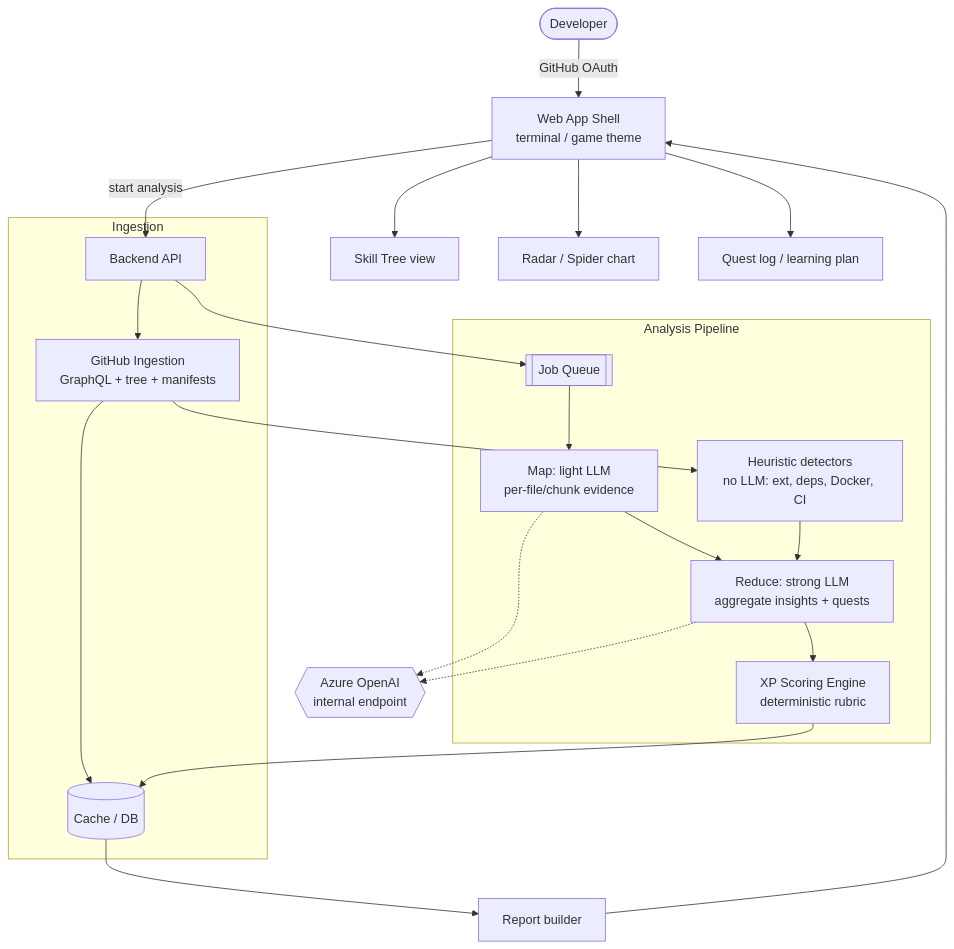
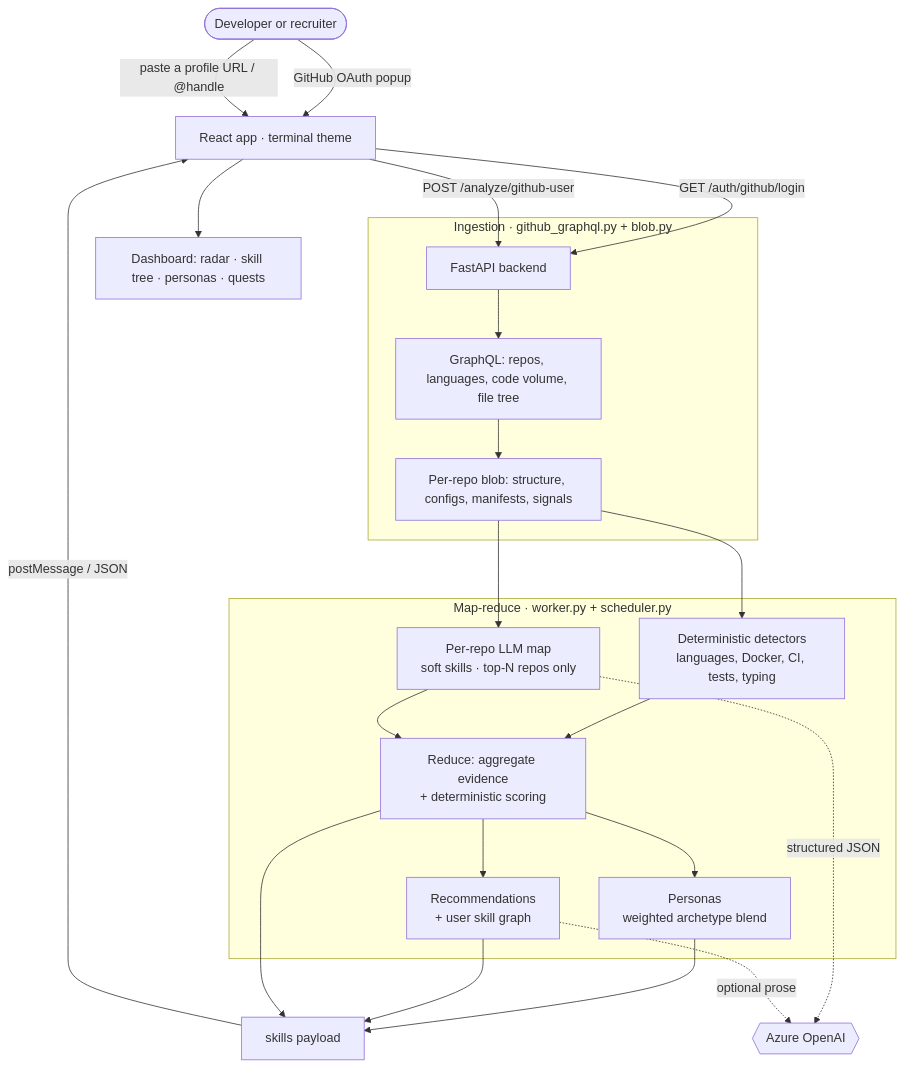
One commit to Kertis4/github-skilltree changed the first of 4 diagrams in README.md. Above: the diagram before and after it, drawn with Mermaid. The commit also changed other lines of this file, not shown here.

````diff
--- a/README.md
+++ b/README.md
@@ -74,29 +45,31 @@
 ```mermaid
 flowchart TD
-    U([Developer]) -->|GitHub OAuth| FE[Web App Shell<br/>terminal / game theme]
-    FE -->|start analysis| API[Backend API]
+    Dev([Developer or recruiter]) -->|GitHub OAuth popup| FE[React app · terminal theme]
+    Dev -->|paste a profile URL / @handle| FE
 
-    subgraph Ingestion
-        API --> GH[GitHub Ingestion<br/>GraphQL + tree + manifests]
-        GH --> CACHE[(Cache / DB)]
+    FE -->|GET /auth/github/login| API[FastAPI backend]
+    FE -->|POST /analyze/github-user| API
+
+    subgraph Ingestion["Ingestion · github_graphql.py + blob.py"]
+        API --> GQL[GraphQL: repos, languages, code volume, file tree]
+        GQL --> BLOB[Per-repo blob: structure, configs, manifests, signals]
     end
 
-    subgraph Analysis Pipeline
-        API --> Q[[Job Queue]]
-        Q --> MAP[Map: light LLM<br/>per-file/chunk evidence]
-        GH --> HEUR[Heuristic detectors<br/>no LLM: ext, deps, Docker, CI]
-        MAP --> REDUCE[Reduce: strong LLM<br/>aggregate insights + quests]
-        HEUR --> REDUCE
-        REDUCE --> SCORE[XP Scoring Engine<br/>deterministic rubric]
-        SCORE --> CACHE
+    subgraph Analysis["Map-reduce · worker.py + scheduler.py"]
+        BLOB --> HEUR[Deterministic detectors<br/>languages, Docker, CI, tests, typing]
+        BLOB --> MAP[Per-repo LLM map<br/>soft skills · top-N repos only]
+        HEUR --> REDUCE[Reduce: aggregate evidence<br/>+ deterministic scoring]
+        MAP --> REDUCE
+        REDUCE --> PERS[Personas<br/>weighted archetype blend]
+        REDUCE --> REC[Recommendations<br/>+ user skill graph]
     end
 
-    CACHE --> RPT[Report builder]
-    RPT --> FE
-    FE --> TREE[Skill Tree view]
-    FE --> RADAR[Radar / Spider chart]
-    FE --> QUESTS[Quest log / learning plan]
-    LLM{{Azure OpenAI<br/>internal endpoint}}
-    MAP -.-> LLM
-    REDUCE -.-> LLM
+    PERS --> OUT[skills payload]
+    REC --> OUT
+    REDUCE --> OUT
+    OUT -->|postMessage / JSON| FE
+    FE --> VIEWS[Dashboard: radar · skill tree · personas · quests]
+
+    MAP -.->|structured JSON| AZ{{Azure OpenAI}}
+    REC -.->|optional prose| AZ
 ```
````
